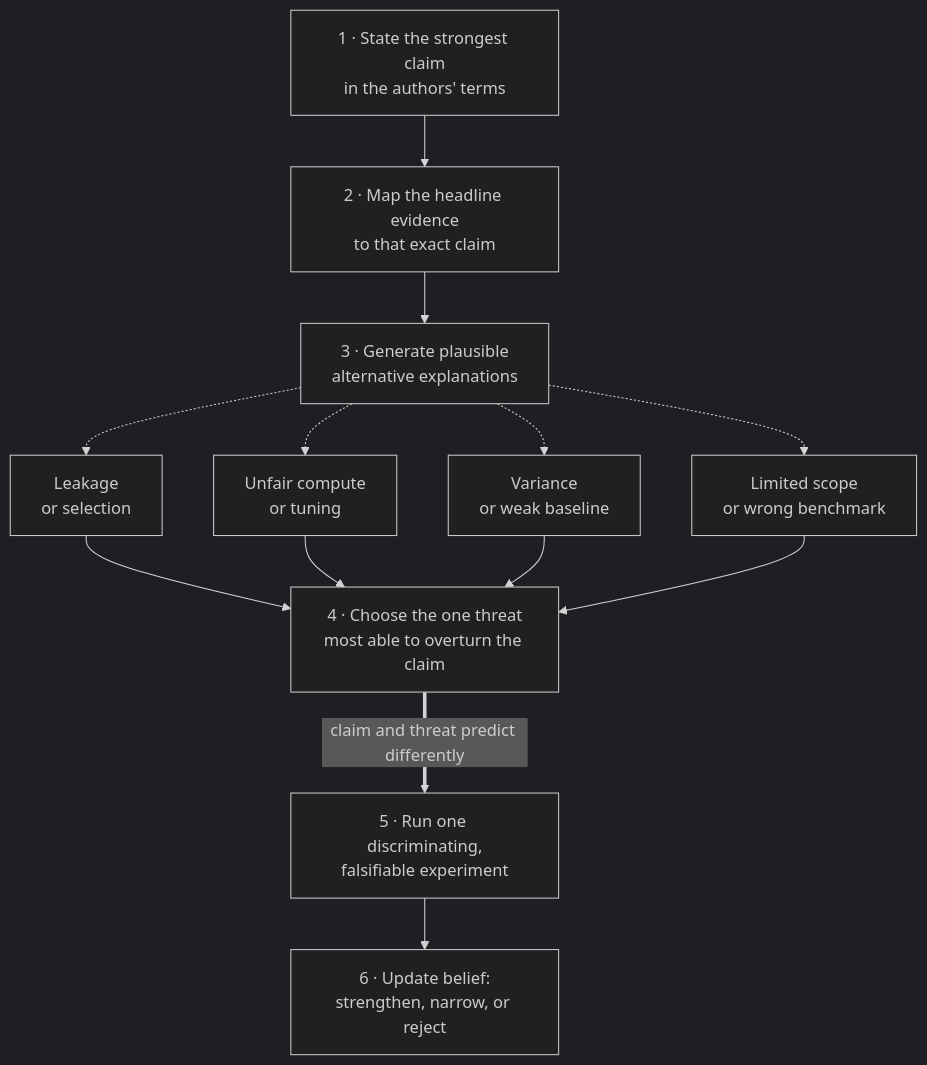
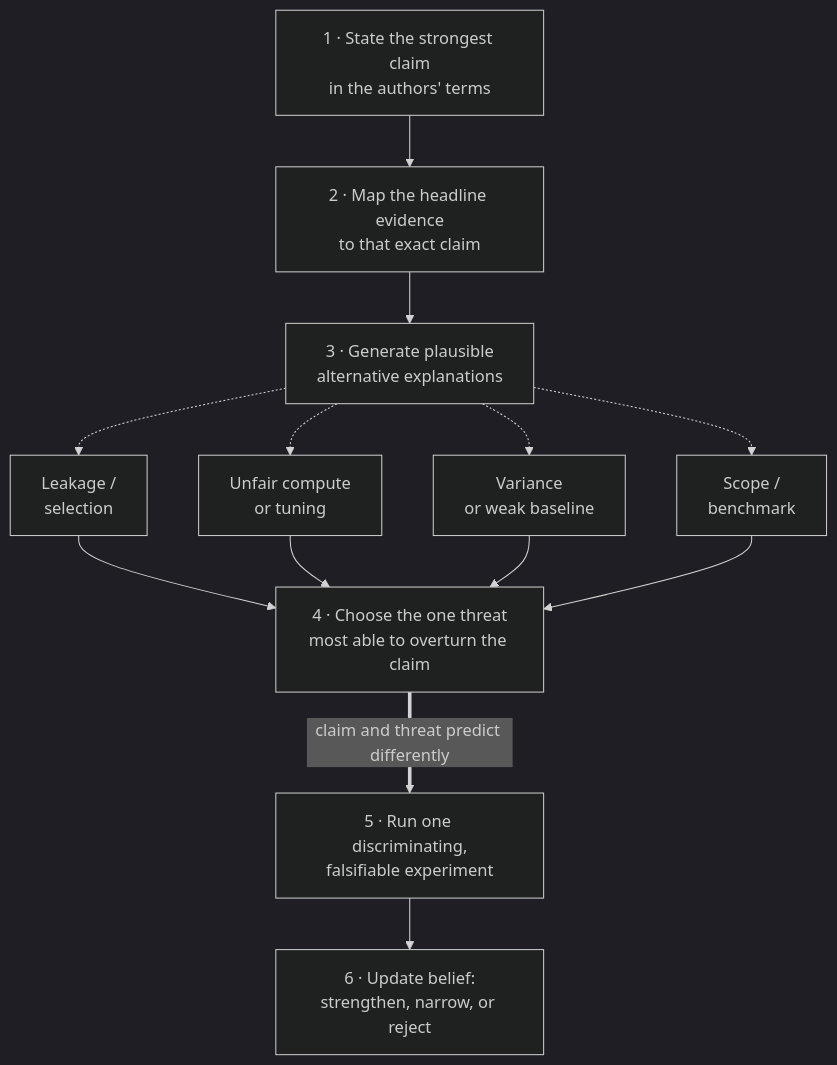
The diagram in src/content/posts/2026-07-10-critique-ml-paper.md (mlmentorship/mlmentorship.github.io), drawn with Mermaid (dark theme) before and after one commit. The commit also changed 8 other files, not shown here.

````diff
--- a/src/content/posts/2026-07-10-critique-ml-paper.md
+++ b/src/content/posts/2026-07-10-critique-ml-paper.md
@@ -26,23 +26,22 @@
 ```mermaid
 flowchart TB
 	accTitle: A strong paper critique narrows many plausible threats to one belief-changing experiment
 	accDescr: Begin by stating the paper's strongest claim fairly, then map the headline evidence that supports it. Generate plausible alternative explanations including leakage or selection, unfair compute or tuning, variance or a weak baseline, and limited scope. Rank those threats by which could most overturn the central claim, choose one, and propose an experiment where the claim and that alternative predict different outcomes. The result should strengthen, narrow, or reject the claim.
 	C["1 · State the strongest claim<br/>in the authors' terms"] --> E["2 · Map the headline evidence<br/>to that exact claim"]
 	E --> H["3 · Generate plausible<br/>alternative explanations"]
-	H -.-> L["Leakage<br/>or selection"]
+	H -.-> L["Leakage /<br/>selection"]
 	H -.-> F["Unfair compute<br/>or tuning"]
 	H -.-> V["Variance<br/>or weak baseline"]
-	H -.-> S["Limited scope<br/>or wrong benchmark"]
+	H -.-> S["Scope /<br/>benchmark"]
 	L --> P["4 · Choose the one threat<br/>most able to overturn the claim"]
 	F --> P
 	V --> P
 	S --> P
 	P ==>|"claim and threat predict differently"| X["5 · Run one discriminating,<br/>falsifiable experiment"]
 	X --> U["6 · Update belief:<br/>strengthen, narrow, or reject"]
 	class C viz-input
 	class E,H viz-state
 	class L,F,V,S viz-warning
 	class P,X viz-focus
 	class U viz-output
-	class C,E,H,L,F,V,S,P,X,U viz-compact
 ```
````
